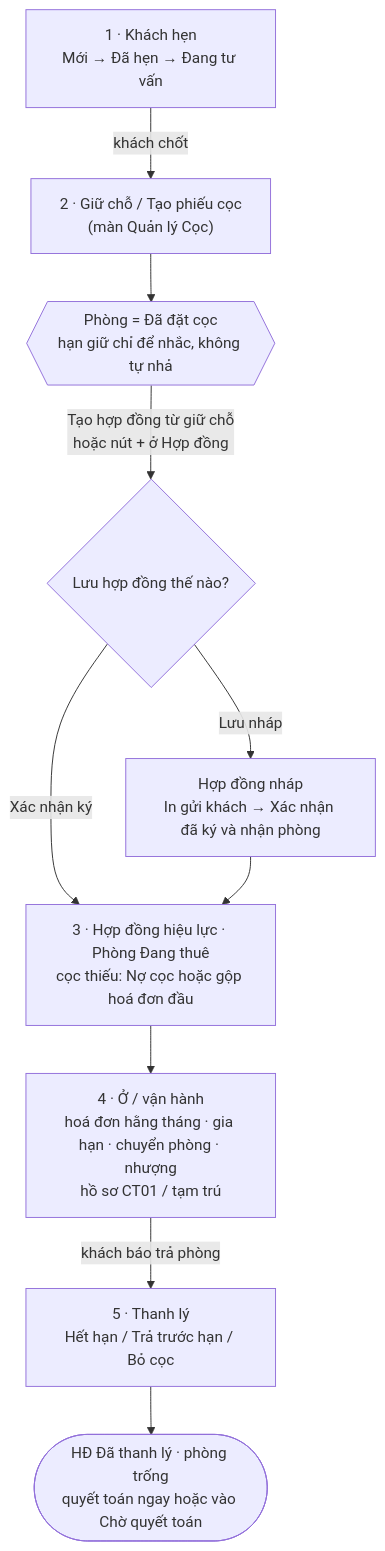
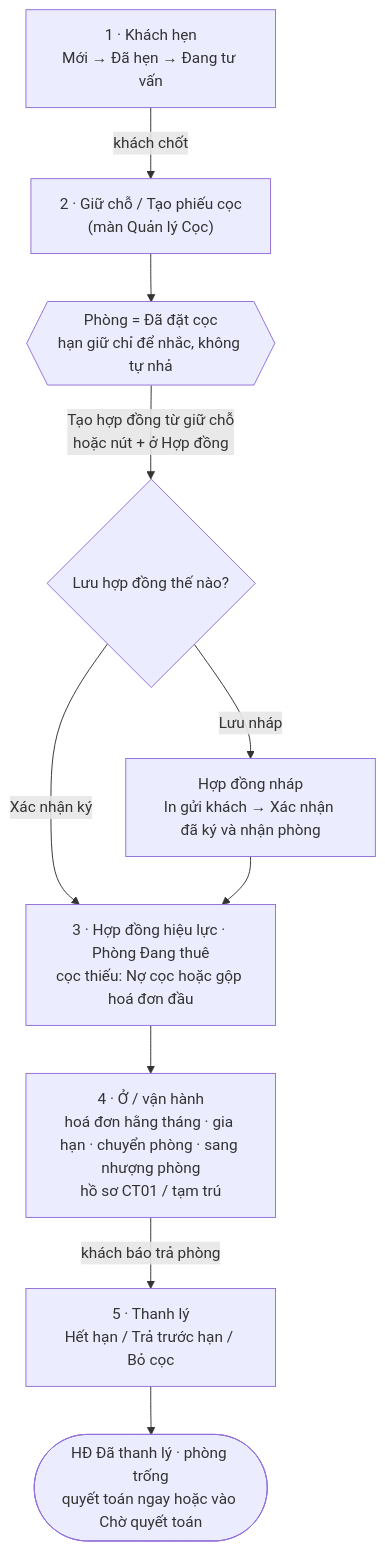
One commit to zxGreenxz/whiteboard-ihomecrm changed the diagram in docs/huong-dan-su-dung/01-bat-dau/quy-trinh-khach-thue/index.md. Above: the diagram before and after it, drawn with Mermaid. The commit also changed other lines of this file and 94 other files, not shown here.

````diff
--- a/docs/huong-dan-su-dung/01-bat-dau/quy-trinh-khach-thue/index.md
+++ b/docs/huong-dan-su-dung/01-bat-dau/quy-trinh-khach-thue/index.md
@@ -27,12 +27,12 @@
 ```mermaid
 flowchart TD
   L["1 · Khách hẹn<br/>Mới → Đã hẹn → Đang tư vấn"] -->|"khách chốt"| C["2 · Giữ chỗ / Tạo phiếu cọc<br/>(màn Quản lý Cọc)"]
   C --> R{{"Phòng = Đã đặt cọc<br/>hạn giữ chỉ để nhắc, không tự nhả"}}
   R -->|"Tạo hợp đồng từ giữ chỗ<br/>hoặc nút + ở Hợp đồng"| K{"Lưu hợp đồng thế nào?"}
   K -->|"Lưu nháp"| D["Hợp đồng nháp<br/>In gửi khách → Xác nhận đã ký và nhận phòng"]
   K -->|"Xác nhận ký"| A["3 · Hợp đồng hiệu lực · Phòng Đang thuê<br/>cọc thiếu: Nợ cọc hoặc gộp hoá đơn đầu"]
   D --> A
-  A --> O["4 · Ở / vận hành<br/>hoá đơn hằng tháng · gia hạn · chuyển phòng · nhượng<br/>hồ sơ CT01 / tạm trú"]
+  A --> O["4 · Ở / vận hành<br/>hoá đơn hằng tháng · gia hạn · chuyển phòng · sang nhượng phòng<br/>hồ sơ CT01 / tạm trú"]
   O -->|"khách báo trả phòng"| T["5 · Thanh lý<br/>Hết hạn / Trả trước hạn / Bỏ cọc"]
   T --> E(["HĐ Đã thanh lý · phòng trống<br/>quyết toán ngay hoặc vào Chờ quyết toán"])
 ```
````
